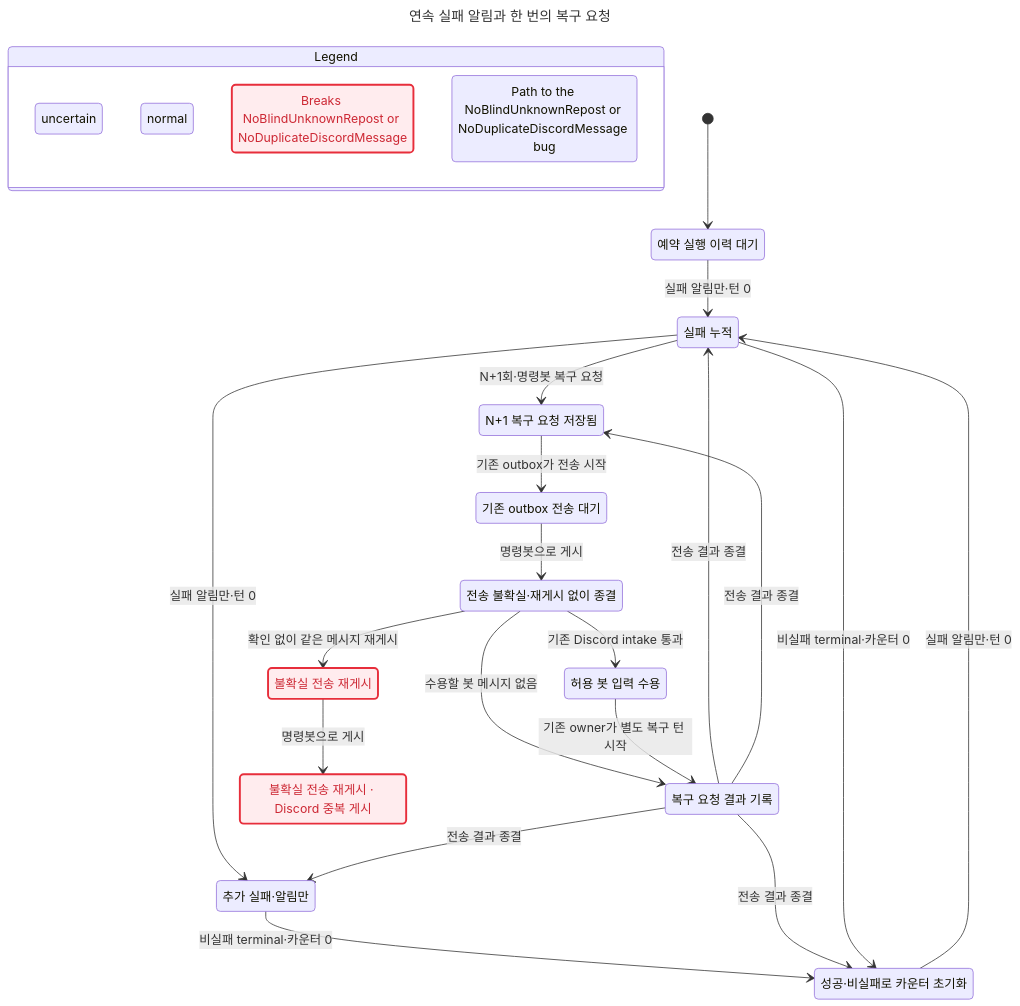
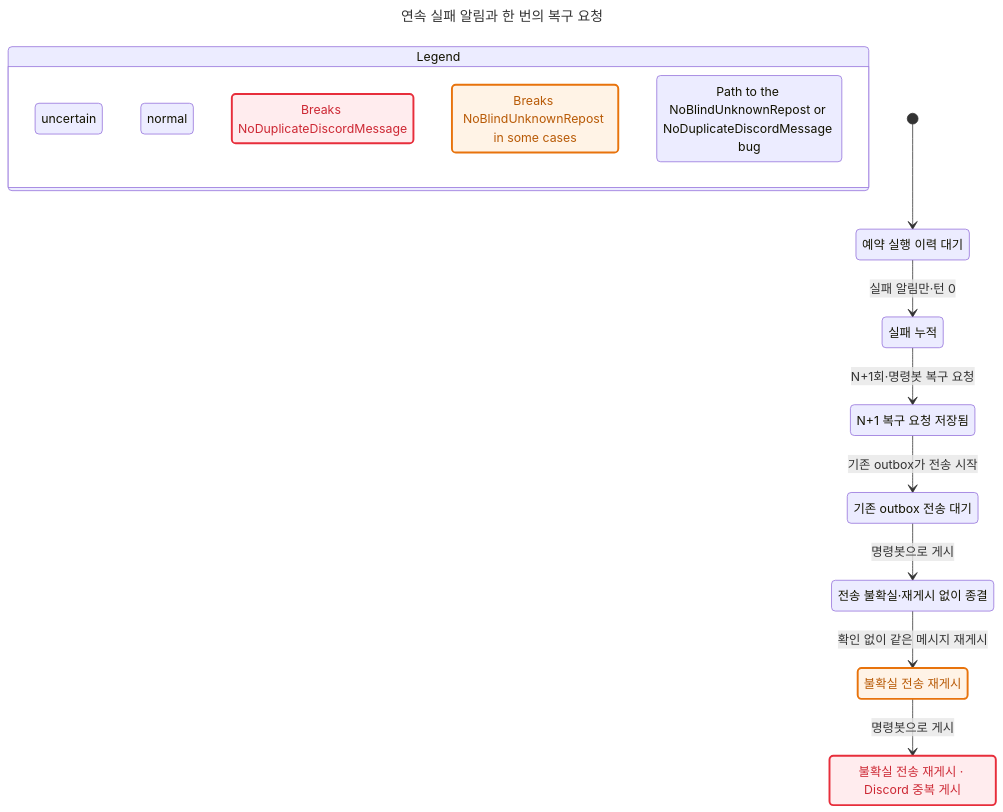
Before and after one commit to itismyfield/AgentDesk: the diagram in docs/statecharts/routine-run/routine-failure-escalation-blind-unknown.chart.mmd, drawn with Mermaid. The commit also changed 11 other files, not shown here.

```diff
--- a/docs/statecharts/routine-run/routine-failure-escalation-blind-unknown.chart.mmd
+++ b/docs/statecharts/routine-run/routine-failure-escalation-blind-unknown.chart.mmd
@@ -1,60 +1,48 @@
 ---
 title: "연속 실패 알림과 한 번의 복구 요청"
 ---
 stateDiagram-v2
   state "Legend" as legend {
     lg0: uncertain
     lg1: normal
-    lg2: Breaks NoBlindUnknownRepost or NoDuplicateDiscordMessage
-    lg3: Path to the NoBlindUnknownRepost or NoDuplicateDiscordMessage bug
+    lg2: Breaks NoDuplicateDiscordMessage
+    lg3: Breaks NoBlindUnknownRepost in some cases
+    lg4: Path to the NoBlindUnknownRepost or NoDuplicateDiscordMessage bug
   }
   class lg0 orange
   class lg1 blue
   class lg2 breaks
-  class lg3 bugPath
+  class lg3 mayBreak
+  class lg4 bugPath
   s0: 예약 실행 이력 대기
   s1: 실패 누적
   s2: N+1 복구 요청 저장됨
   s3: 기존 outbox 전송 대기
   s4: 전송 불확실#183;재게시 없이 종결
-  s5: 허용 봇 입력 수용
-  s6: 복구 요청 결과 기록
-  s7: 불확실 전송 재게시
-  s8: 불확실 전송 재게시 #183; Discord 중복 게시
-  s9: 추가 실패#183;알림만
-  s10: 성공#183;비실패로 카운터 초기화
+  s5: 불확실 전송 재게시
+  s6: 불확실 전송 재게시 #183; Discord 중복 게시
   [*] --> s0
   s0 --> s1: 실패 알림만#183;턴 0
   s1 --> s2: N+1회#183;명령봇 복구 요청
   s2 --> s3: 기존 outbox가 전송 시작
   s3 --> s4: 명령봇으로 게시
-  s4 --> s6: 수용할 봇 메시지 없음
-  s4 --> s7: 확인 없이 같은 메시지 재게시
-  s4 --> s5: 기존 Discord intake 통과
-  s5 --> s6: 기존 owner가 별도 복구 턴 시작
-  s6 --> s1: 전송 결과 종결
-  s7 --> s8: 명령봇으로 게시
-  s1 --> s9: 실패 알림만#183;턴 0
-  s6 --> s9: 전송 결과 종결
-  s9 --> s10: 비실패 terminal#183;카운터 0
-  s6 --> s10: 전송 결과 종결
-  s10 --> s1: 실패 알림만#183;턴 0
-  s6 --> s2: 전송 결과 종결
-  s1 --> s10: 비실패 terminal#183;카운터 0
+  s4 --> s5: 확인 없이 같은 메시지 재게시
+  s5 --> s6: 명령봇으로 게시
   classDef breaks fill:#ffecee,stroke:#e72e3b,stroke-width:2.5px,color:#cd2834
+  classDef mayBreak fill:#fff3e6,stroke:#e8730c,stroke-width:2.5px,color:#b85a06
   class s0 blue
   class s0 bugPath
+  class s1 blue
   class s1 bugPath
+  class s2 blue
   class s2 bugPath
   class s3 blue
   class s3 bugPath
   class s4 orange
   class s4 bugPath
   class s5 orange
-  class s6 orange
-  class s7 breaks
-  class s7 bugPath
-  class s8 breaks
-  class s8 bugPath
-  class s9 orange
-  class s10 orange
+  class s5 mayBreak
+  class s5 bugPath
+  class s6 blue
+  class s6 breaks
+  class s6 bugPath
```
